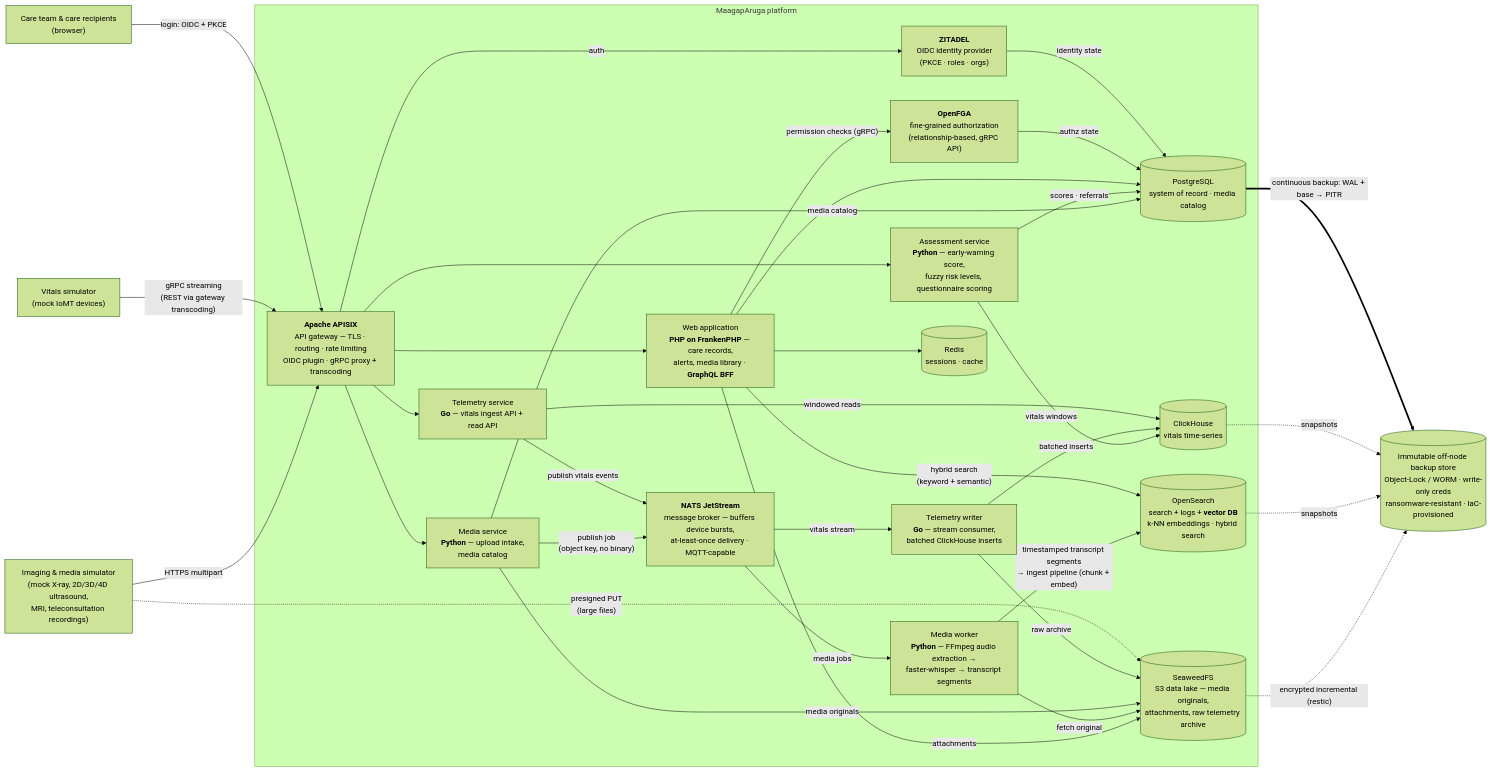
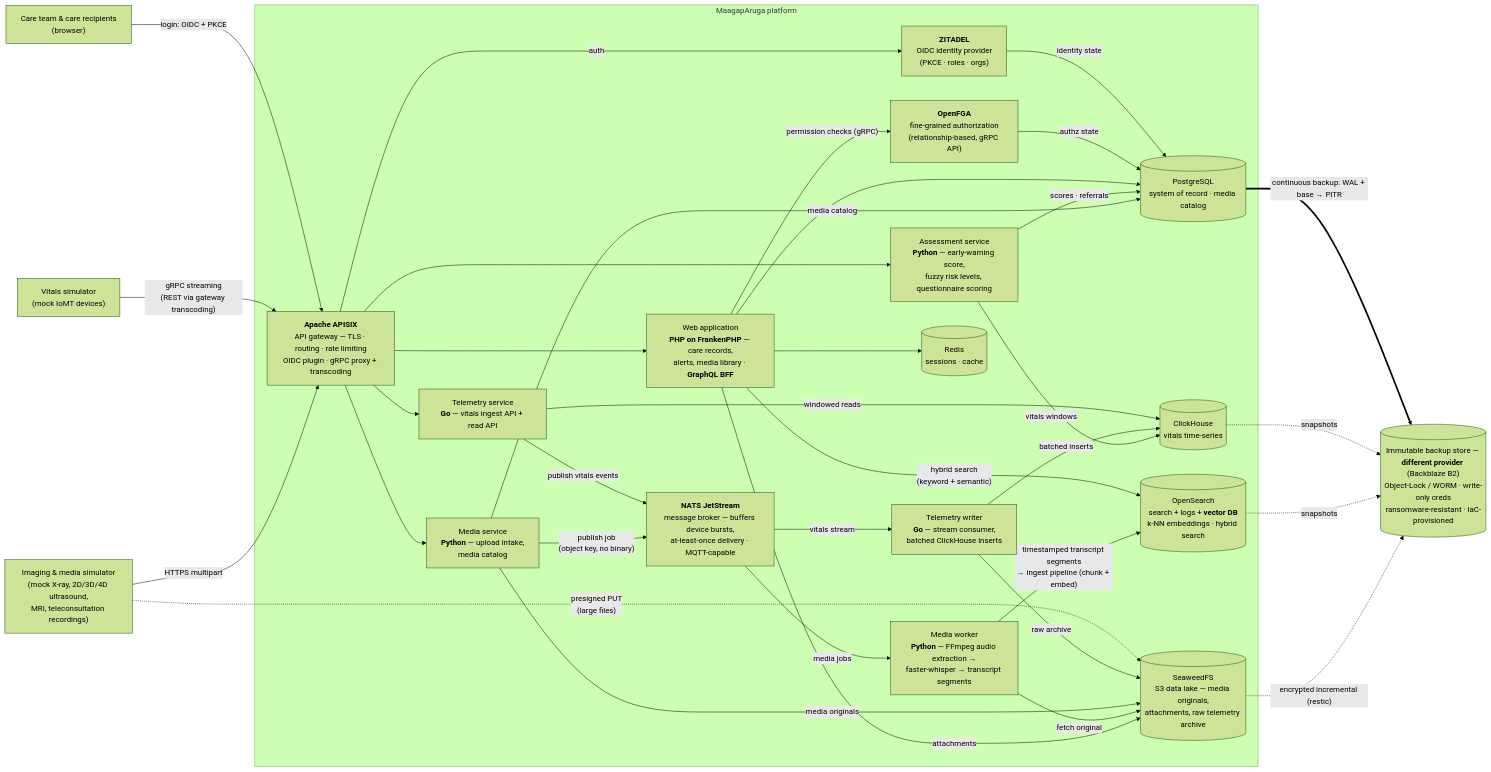
Before and after one commit to marco-montesines/maagaparuga: the first of 4 diagrams in README.md, drawn with Mermaid (forest theme). The commit also changed other lines of this file and 2 other files, not shown here.

First line of the commit message:
docs: offsite backups -> Backblaze B2 (cross-provider + Object-Lock); accuracy pass

````diff
--- a/README.md
+++ b/README.md
@@ -128,60 +128,60 @@
 ```mermaid
 flowchart LR
     users["Care team & care recipients<br/>(browser)"]
     sim["Vitals simulator<br/>(mock IoMT devices)"]
     devices["Imaging & media simulator<br/>(mock X-ray, 2D/3D/4D ultrasound,<br/>MRI, teleconsultation recordings)"]
 
     subgraph platform["MaagapAruga platform"]
         gw["<b>Apache APISIX</b><br/>API gateway — TLS · routing · rate limiting<br/>OIDC plugin · gRPC proxy + transcoding"]
         idp["<b>ZITADEL</b><br/>OIDC identity provider<br/>(PKCE · roles · orgs)"]
         fga["<b>OpenFGA</b><br/>fine-grained authorization<br/>(relationship-based, gRPC API)"]
         web["Web application<br/><b>PHP on FrankenPHP</b> — care records,<br/>alerts, media library · <b>GraphQL BFF</b>"]
         telemetry["Telemetry service<br/><b>Go</b> — vitals ingest API + read API"]
         assessment["Assessment service<br/><b>Python</b> — early-warning score,<br/>fuzzy risk levels, questionnaire scoring"]
         media["Media service<br/><b>Python</b> — upload intake,<br/>media catalog"]
         nats["<b>NATS JetStream</b><br/>message broker — buffers device bursts,<br/>at-least-once delivery · MQTT-capable"]
         tworker["Telemetry writer<br/><b>Go</b> — stream consumer,<br/>batched ClickHouse inserts"]
         mworker["Media worker<br/><b>Python</b> — FFmpeg audio extraction →<br/>faster-whisper → transcript segments"]
         db[("PostgreSQL<br/>system of record · media catalog")]
         ch[("ClickHouse<br/>vitals time-series")]
         osearch[("OpenSearch<br/>search + logs + <b>vector DB</b><br/>k-NN embeddings · hybrid search")]
         cache[("Redis<br/>sessions · cache")]
         lake[("SeaweedFS<br/>S3 data lake — media originals,<br/>attachments, raw telemetry archive")]
     end
 
-    backup[("Immutable off-node backup store<br/>Object-Lock / WORM · write-only creds<br/>ransomware-resistant · IaC-provisioned")]
+    backup[("Immutable backup store — <b>different provider</b> (Backblaze B2)<br/>Object-Lock / WORM · write-only creds<br/>ransomware-resistant · IaC-provisioned")]
 
     users -- "login: OIDC + PKCE" --> gw
     sim -- "gRPC streaming<br/>(REST via gateway transcoding)" --> gw
     devices -- "HTTPS multipart" --> gw
     devices -. "presigned PUT<br/>(large files)" .-> lake
     gw -- "auth" --> idp
     gw --> web
     gw --> telemetry
     gw --> assessment
     gw --> media
     idp -- "identity state" --> db
     fga -- "authz state" --> db
     web -- "permission checks (gRPC)" --> fga
     web --> db
     web --> cache
     web -- "hybrid search<br/>(keyword + semantic)" --> osearch
     telemetry -- "publish vitals events" --> nats
     telemetry -- "windowed reads" --> ch
     nats -- "vitals stream" --> tworker
     tworker -- "batched inserts" --> ch
     tworker -- "raw archive" --> lake
     assessment -- "vitals windows" --> ch
     assessment -- "scores · referrals" --> db
     media -- "media originals" --> lake
     media -- "media catalog" --> db
     media -- "publish job<br/>(object key, no binary)" --> nats
     nats -- "media jobs" --> mworker
     mworker -- "fetch original" --> lake
     mworker -- "timestamped transcript segments<br/>→ ingest pipeline (chunk + embed)" --> osearch
     web -- "attachments" --> lake
     db == "continuous backup: WAL + base → PITR" ==> backup
     ch -. "snapshots" .-> backup
     osearch -. "snapshots" .-> backup
     lake -. "encrypted incremental (restic)" .-> backup
 ```
````
